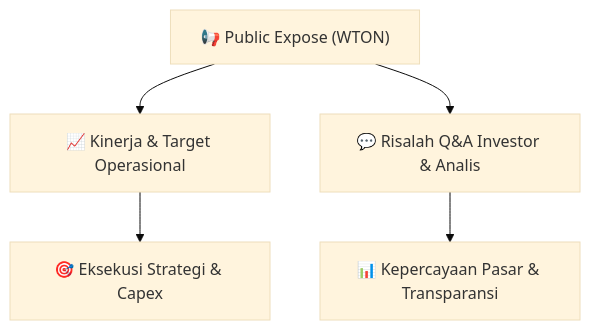
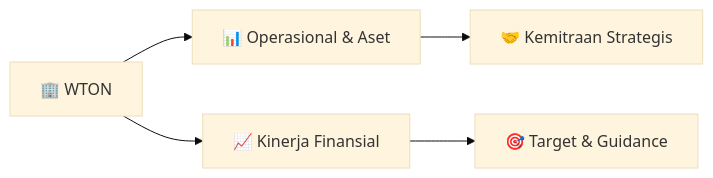
Before and after one commit to anYoneo/alphadigest-idx: the diagram in Finplan_analyst/knowledge-base/public-exposes/informasi-pubex/WTON_Public_Expose_20260820.md, drawn with Mermaid (base theme). The commit also changed other lines of this file and 526 other files, not shown here.

````diff
--- a/Finplan_analyst/knowledge-base/public-exposes/informasi-pubex/WTON_Public_Expose_20260820.md
+++ b/Finplan_analyst/knowledge-base/public-exposes/informasi-pubex/WTON_Public_Expose_20260820.md
@@ -36,7 +46,7 @@
 ```mermaid
-flowchart TD
-    A["📢 Public Expose (WTON)"] --> B["📈 Kinerja & Target Operasional"]
-    A --> C["💬 Risalah Q&A Investor & Analis"]
-    B --> D["🎯 Eksekusi Strategi & Capex"]
-    C --> E["📊 Kepercayaan Pasar & Transparansi"]
+flowchart LR
+    A["🏢 WTON"] --> B["📊 Operasional & Aset"]
+    A --> C["📈 Kinerja Finansial"]
+    B --> D["🤝 Kemitraan Strategis"]
+    C --> E["🎯 Target & Guidance"]
 ```
````
